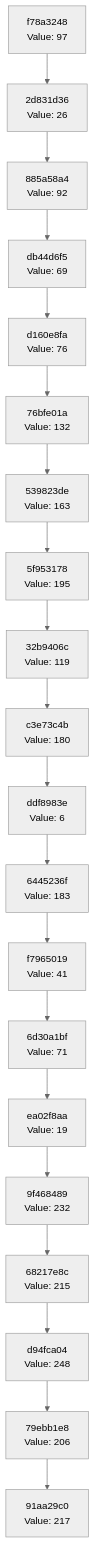
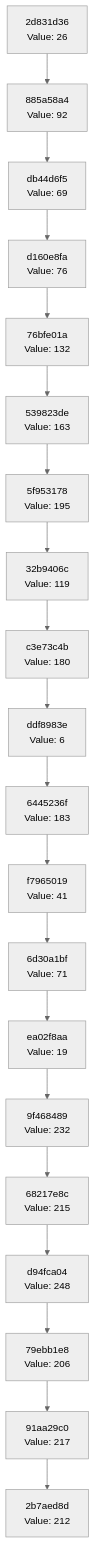
Before and after one commit to Abhisheksinha1506/hash-chain-evolver: the diagram in docs/CHAIN_VISUALIZATION.md, drawn with Mermaid (neutral theme). The commit also changed 3 other files, not shown here.

````diff
--- a/docs/CHAIN_VISUALIZATION.md
+++ b/docs/CHAIN_VISUALIZATION.md
@@ -3,42 +3,42 @@
 ```mermaid
 graph TD
-    C0["91aa29c0<br/>Value: 217"]
-    C1["79ebb1e8<br/>Value: 206"]
+    C0["2b7aed8d<br/>Value: 212"]
+    C1["91aa29c0<br/>Value: 217"]
     C1 --> C0
-    C2["d94fca04<br/>Value: 248"]
+    C2["79ebb1e8<br/>Value: 206"]
     C2 --> C1
-    C3["68217e8c<br/>Value: 215"]
+    C3["d94fca04<br/>Value: 248"]
     C3 --> C2
-    C4["9f468489<br/>Value: 232"]
+    C4["68217e8c<br/>Value: 215"]
     C4 --> C3
-    C5["ea02f8aa<br/>Value: 19"]
+    C5["9f468489<br/>Value: 232"]
     C5 --> C4
-    C6["6d30a1bf<br/>Value: 71"]
+    C6["ea02f8aa<br/>Value: 19"]
     C6 --> C5
-    C7["f7965019<br/>Value: 41"]
+    C7["6d30a1bf<br/>Value: 71"]
     C7 --> C6
-    C8["6445236f<br/>Value: 183"]
+    C8["f7965019<br/>Value: 41"]
     C8 --> C7
-    C9["ddf8983e<br/>Value: 6"]
+    C9["6445236f<br/>Value: 183"]
     C9 --> C8
-    C10["c3e73c4b<br/>Value: 180"]
+    C10["ddf8983e<br/>Value: 6"]
     C10 --> C9
-    C11["32b9406c<br/>Value: 119"]
+    C11["c3e73c4b<br/>Value: 180"]
     C11 --> C10
-    C12["5f953178<br/>Value: 195"]
+    C12["32b9406c<br/>Value: 119"]
     C12 --> C11
-    C13["539823de<br/>Value: 163"]
+    C13["5f953178<br/>Value: 195"]
     C13 --> C12
-    C14["76bfe01a<br/>Value: 132"]
+    C14["539823de<br/>Value: 163"]
     C14 --> C13
-    C15["d160e8fa<br/>Value: 76"]
+    C15["76bfe01a<br/>Value: 132"]
     C15 --> C14
-    C16["db44d6f5<br/>Value: 69"]
+    C16["d160e8fa<br/>Value: 76"]
     C16 --> C15
-    C17["885a58a4<br/>Value: 92"]
+    C17["db44d6f5<br/>Value: 69"]
     C17 --> C16
-    C18["2d831d36<br/>Value: 26"]
+    C18["885a58a4<br/>Value: 92"]
     C18 --> C17
-    C19["f78a3248<br/>Value: 97"]
+    C19["2d831d36<br/>Value: 26"]
     C19 --> C18
 ```
````
